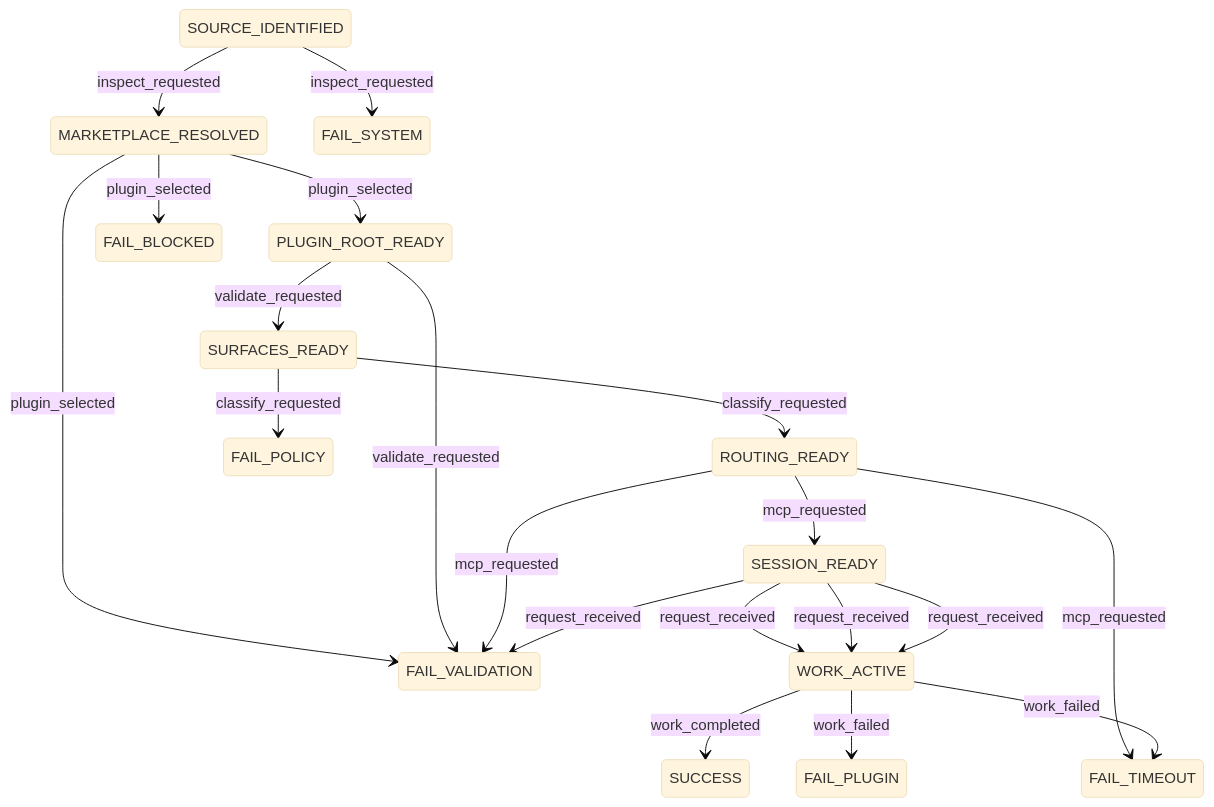
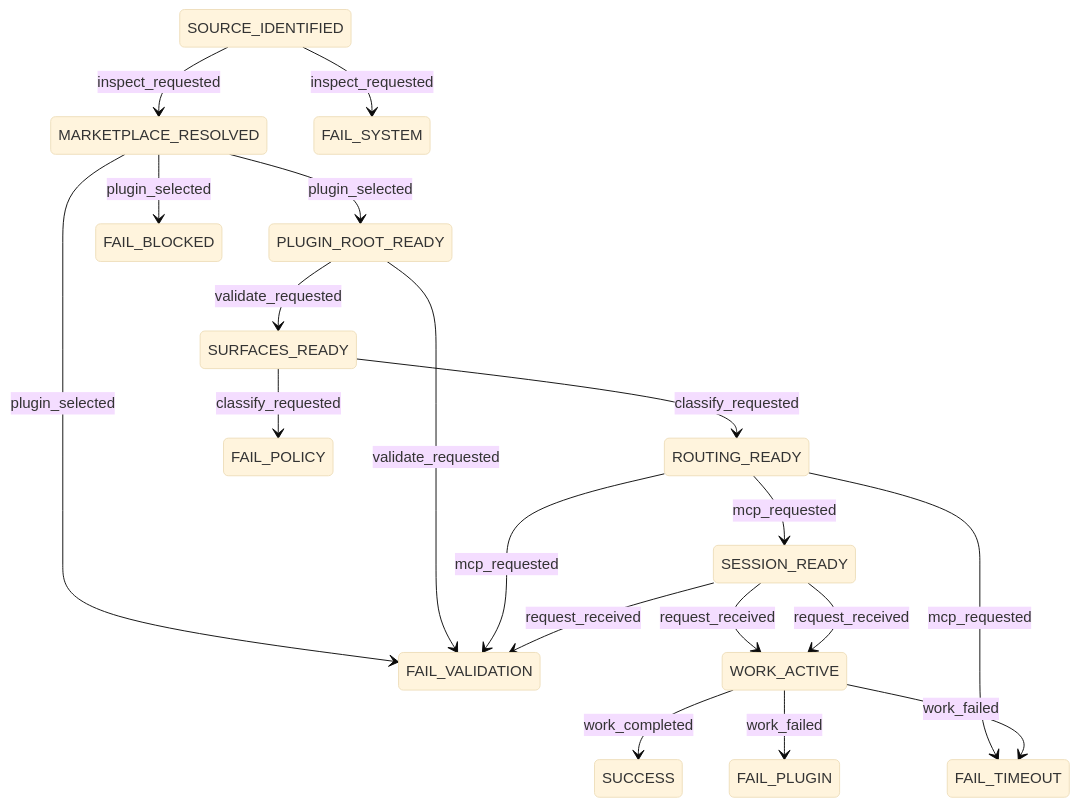
Before and after one commit to jscraik/Agent-Skills: the diagram in utilities/plugin-builder/references/compound-engineering-operational-spec.md, drawn with Mermaid (base theme). The commit also changed other lines of this file and 32 other files, not shown here.

First line of the commit message:
fix(plugin-family): align installer security and graph/docs contracts

````diff
--- a/utilities/plugin-builder/references/compound-engineering-operational-spec.md
+++ b/utilities/plugin-builder/references/compound-engineering-operational-spec.md
@@ -154,22 +156,21 @@
 ```mermaid
 stateDiagram-v2
     SOURCE_IDENTIFIED --> MARKETPLACE_RESOLVED: inspect_requested
     SOURCE_IDENTIFIED --> FAIL_SYSTEM: inspect_requested
     MARKETPLACE_RESOLVED --> PLUGIN_ROOT_READY: plugin_selected
     MARKETPLACE_RESOLVED --> FAIL_VALIDATION: plugin_selected
     MARKETPLACE_RESOLVED --> FAIL_BLOCKED: plugin_selected
     PLUGIN_ROOT_READY --> SURFACES_READY: validate_requested
     PLUGIN_ROOT_READY --> FAIL_VALIDATION: validate_requested
     SURFACES_READY --> ROUTING_READY: classify_requested
     SURFACES_READY --> FAIL_POLICY: classify_requested
     ROUTING_READY --> SESSION_READY: mcp_requested
     ROUTING_READY --> FAIL_VALIDATION: mcp_requested
     ROUTING_READY --> FAIL_TIMEOUT: mcp_requested
     SESSION_READY --> WORK_ACTIVE: request_received
     SESSION_READY --> WORK_ACTIVE: request_received
-    SESSION_READY --> WORK_ACTIVE: request_received
     SESSION_READY --> FAIL_VALIDATION: request_received
     WORK_ACTIVE --> SUCCESS: work_completed
     WORK_ACTIVE --> FAIL_PLUGIN: work_failed
     WORK_ACTIVE --> FAIL_TIMEOUT: work_failed
 ```
````
